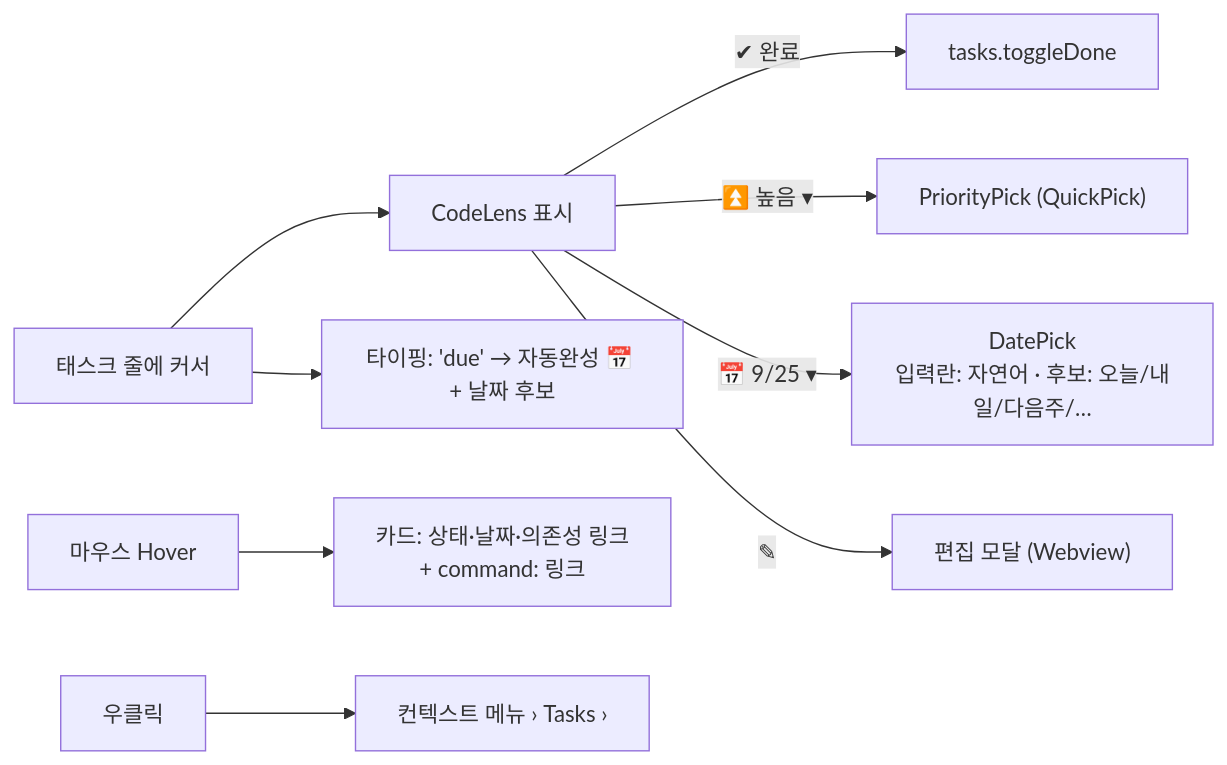
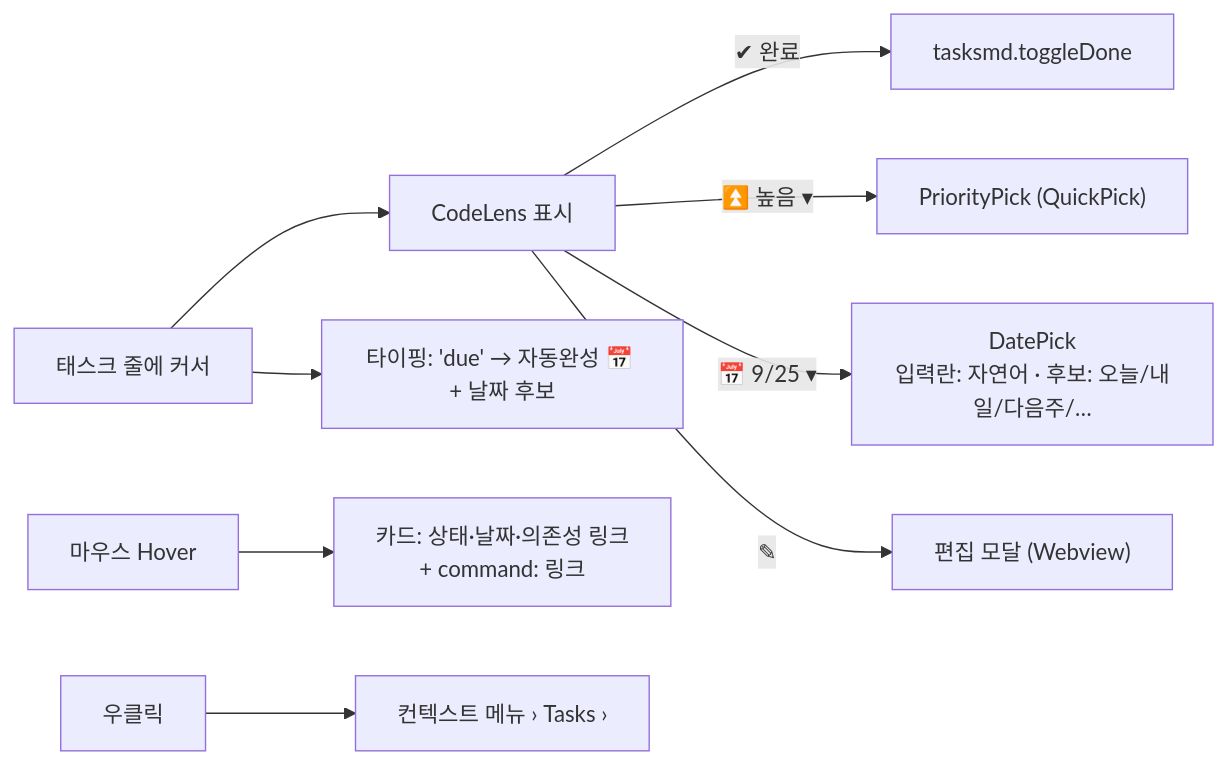
Diagram 12 of 15 in docs/design.md (W-Leester/tasks-for-markdown), drawn with Mermaid before and after one commit. The commit also changed other lines of this file and 9 other files, not shown here.

First line of the commit message:
M1.1: settings module and configuration schema

````diff
--- a/docs/design.md
+++ b/docs/design.md
@@ -561,11 +561,11 @@
 ```mermaid
 flowchart LR
     T["태스크 줄에 커서"] --> CL["CodeLens 표시"]
     T --> AS["타이핑: 'due' → 자동완성 📅 + 날짜 후보"]
-    CL -->|"✔ 완료"| TG["tasks.toggleDone"]
+    CL -->|"✔ 완료"| TG["tasksmd.toggleDone"]
     CL -->|"⏫ 높음 ▾"| PP["PriorityPick (QuickPick)"]
     CL -->|"📅 9/25 ▾"| DP["DatePick<br/>입력란: 자연어 · 후보: 오늘/내일/다음주/…"]
     CL -->|"✎"| EM["편집 모달 (Webview)"]
     H["마우스 Hover"] --> HC["카드: 상태·날짜·의존성 링크<br/>+ command: 링크"]
     RC["우클릭"] --> CM["컨텍스트 메뉴 › Tasks ›"]
 ```
````
